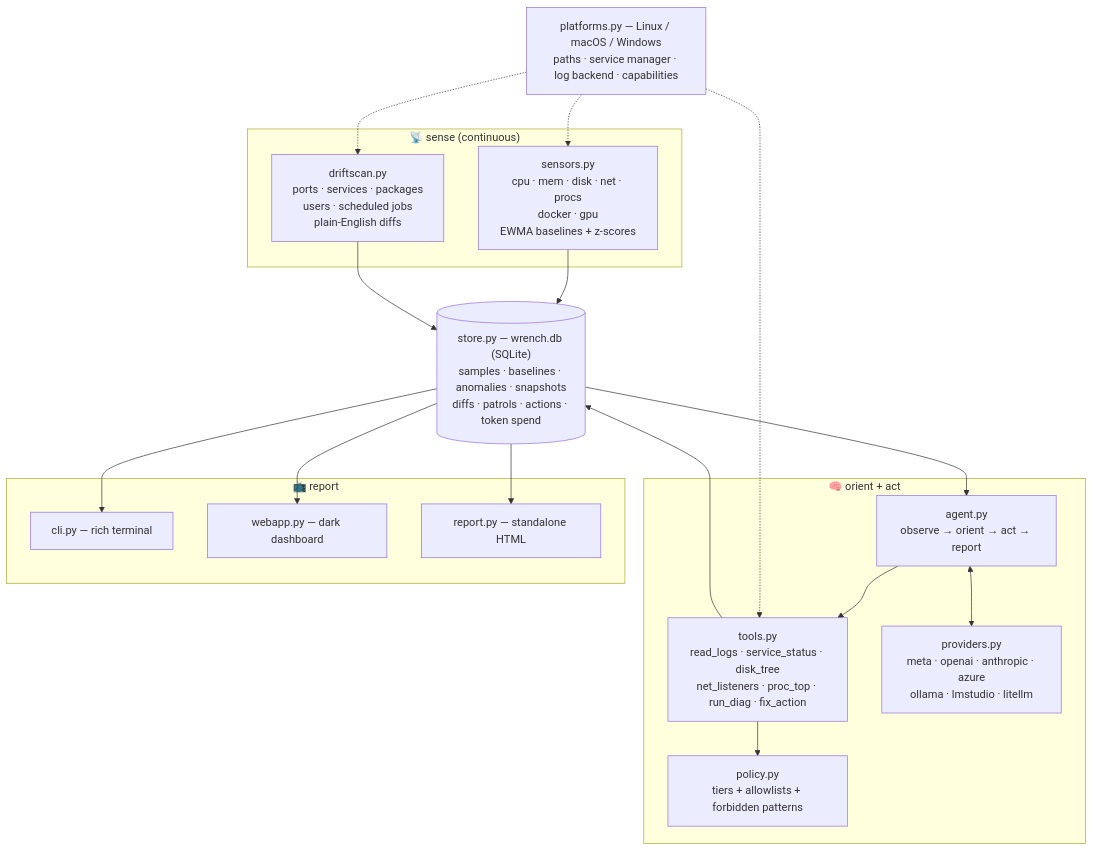
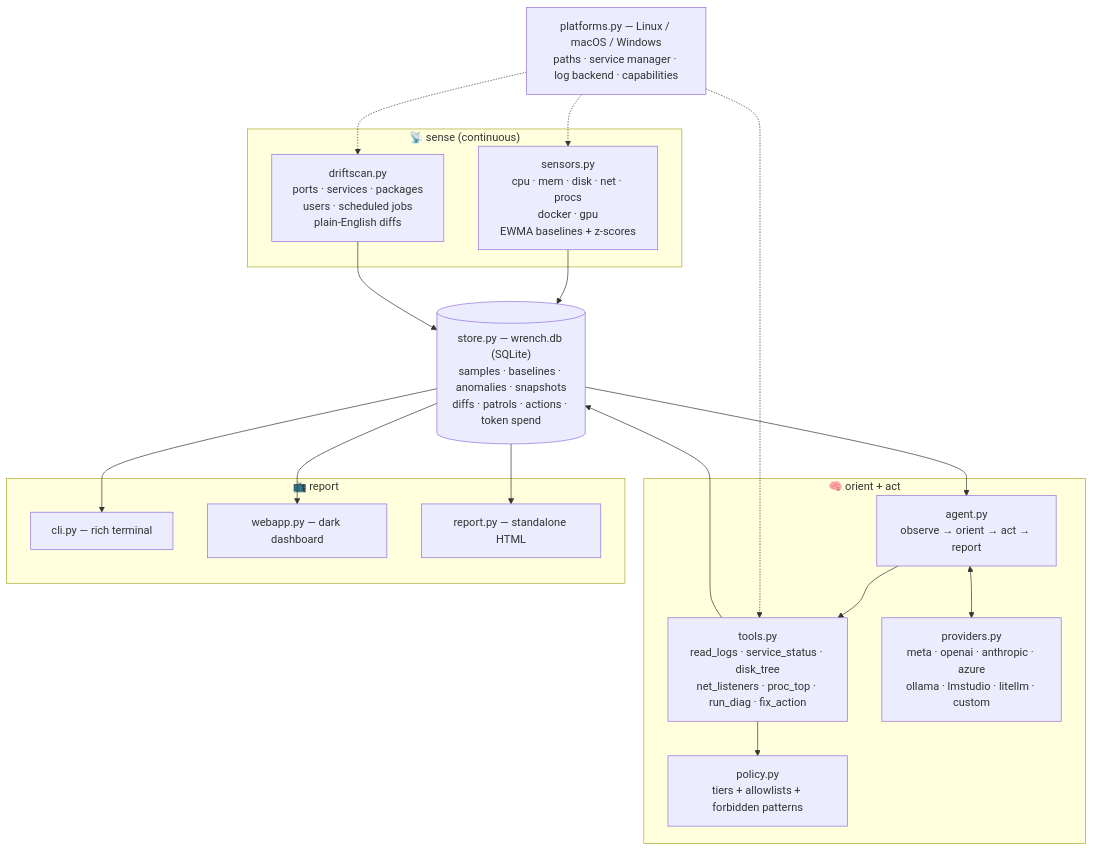
One commit to sunkencity999/wrench changed the diagram in README.md. Above: the diagram before and after it, drawn with Mermaid. The commit also changed other lines of this file, not shown here.

````diff
--- a/README.md
+++ b/README.md
@@ -1023,38 +1154,38 @@
 ```mermaid
 flowchart TB
     subgraph sense["📡 sense (continuous)"]
         sensors["sensors.py<br/>cpu · mem · disk · net · procs<br/>docker · gpu<br/>EWMA baselines + z-scores"]
         drift["driftscan.py<br/>ports · services · packages<br/>users · scheduled jobs<br/>plain-English diffs"]
     end
 
     store[("store.py — wrench.db (SQLite)<br/>samples · baselines · anomalies · snapshots<br/>diffs · patrols · actions · token spend")]
 
     subgraph think["🧠 orient + act"]
         agent["agent.py<br/>observe → orient → act → report"]
         tools["tools.py<br/>read_logs · service_status · disk_tree<br/>net_listeners · proc_top · run_diag · fix_action"]
         policy["policy.py<br/>tiers + allowlists + forbidden patterns"]
-        providers["providers.py<br/>meta · openai · anthropic · azure<br/>ollama · lmstudio · litellm"]
+        providers["providers.py<br/>meta · openai · anthropic · azure<br/>ollama · lmstudio · litellm · custom"]
     end
 
     subgraph show["📺 report"]
         cli["cli.py — rich terminal"]
         web["webapp.py — dark dashboard"]
         html["report.py — standalone HTML"]
     end
 
     platforms["platforms.py — Linux / macOS / Windows<br/>paths · service manager · log backend · capabilities"]
 
     sensors --> store
     drift --> store
     store --> agent
     agent <--> providers
     agent --> tools
     tools --> policy
     tools --> store
     store --> cli
     store --> web
     store --> html
     platforms -.-> sensors
     platforms -.-> drift
     platforms -.-> tools
 ```
````
